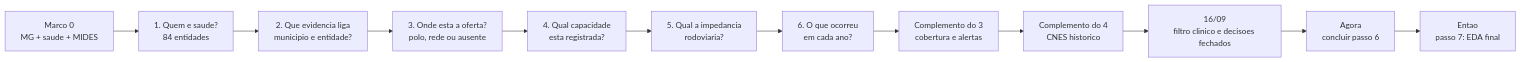
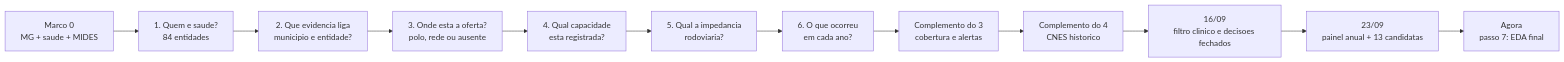
One commit to driano1221/consorcios-mg-dados-territorio changed the first of 4 diagrams in analises/modelo_gravitacional_saude/LINHA_DO_TEMPO_PASSOS.md. Above: the diagram before and after it, drawn with Mermaid. The commit also changed other lines of this file and 13 other files, not shown here.

Commit message:
Integra painel anual de saude e inicia validacao amostral

````diff
--- a/analises/modelo_gravitacional_saude/LINHA_DO_TEMPO_PASSOS.md
+++ b/analises/modelo_gravitacional_saude/LINHA_DO_TEMPO_PASSOS.md
@@ -13,14 +12,14 @@
 ```mermaid
 flowchart LR
   P0["Marco 0<br/>MG + saude + MIDES"] --> P1["1. Quem e saude?<br/>84 entidades"]
   P1 --> P2["2. Que evidencia liga<br/>municipio e entidade?"]
   P2 --> P3["3. Onde esta a oferta?<br/>polo, rede ou ausente"]
   P3 --> P4["4. Qual capacidade<br/>esta registrada?"]
   P4 --> P5["5. Qual a impedancia<br/>rodoviaria?"]
   P5 --> P6["6. O que ocorreu<br/>em cada ano?"]
   P6 --> C3["Complemento do 3<br/>cobertura e alertas"]
   C3 --> C4["Complemento do 4<br/>CNES historico"]
   C4 --> N3["16/09<br/>filtro clinico e decisoes fechados"]
-  N3 --> N6["Agora<br/>concluir passo 6"]
-  N6 --> N7["Entao<br/>passo 7: EDA final"]
+  N3 --> N6["23/09<br/>painel anual + 13 candidatas"]
+  N6 --> N7["Agora<br/>passo 7: EDA final"]
 ```
````
